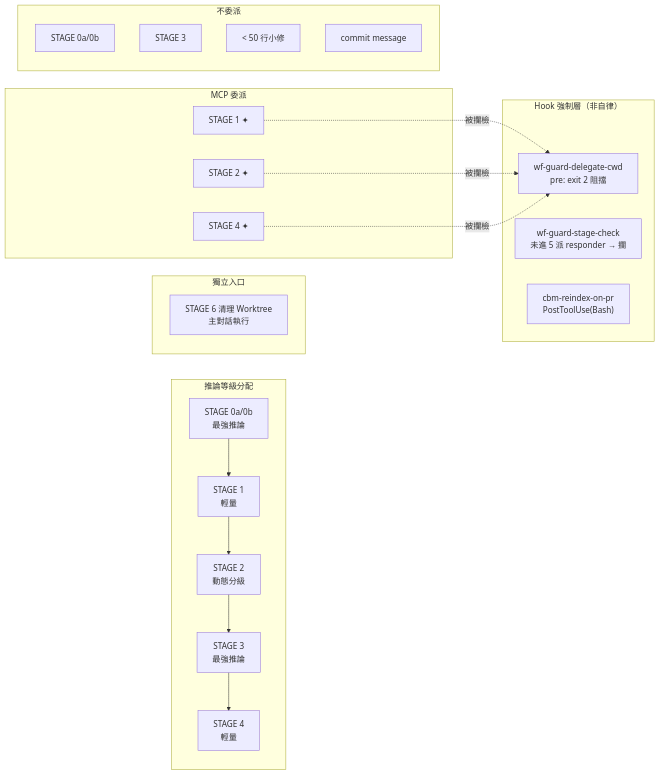
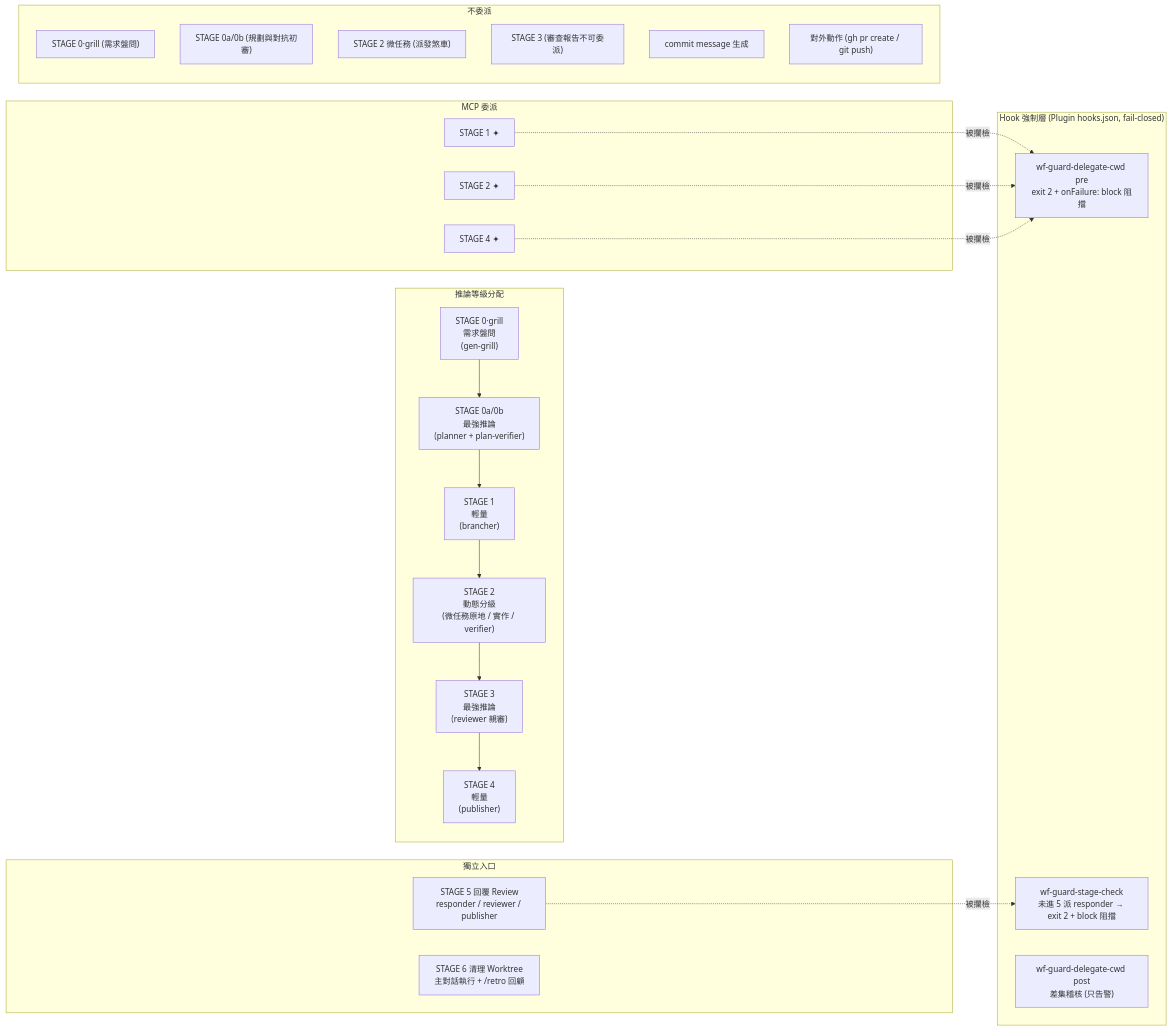
The diagram in docs/architecture/2026-08-12-gen-dev-workflow-analysis.md (Yomiamy/gen-dev-workflow), drawn with Mermaid before and after one commit. The commit also changed other lines of this file and 1 other file, not shown here.

First line of the commit message:
docs(architecture): sync workflow analysis and harness guardrail docs to current state

````diff
--- a/docs/architecture/2026-08-12-gen-dev-workflow-analysis.md
+++ b/docs/architecture/2026-08-12-gen-dev-workflow-analysis.md
@@ -316,36 +343,41 @@
 ```mermaid
 graph LR
     subgraph "推論等級分配"
-        A["STAGE 0a/0b<br/>最強推論"] --> B["STAGE 1<br/>輕量"]
-        B --> C["STAGE 2<br/>動態分級"]
-        C --> D["STAGE 3<br/>最強推論"]
-        D --> E["STAGE 4<br/>輕量"]
+        G0["STAGE 0·grill<br/>需求盤問<br/>(gen-grill)"] --> A["STAGE 0a/0b<br/>最強推論<br/>(planner + plan-verifier)"]
+        A --> B["STAGE 1<br/>輕量<br/>(brancher)"]
+        B --> C["STAGE 2<br/>動態分級<br/>(微任務原地 / 實作 / verifier)"]
+        C --> D["STAGE 3<br/>最強推論<br/>(reviewer 親審)"]
+        D --> E["STAGE 4<br/>輕量<br/>(publisher)"]
     end
 
     subgraph "獨立入口"
-        E6["STAGE 6 清理 Worktree<br/>主對話執行"]
+        E5["STAGE 5 回覆 Review<br/>responder / reviewer / publisher"]
+        E6["STAGE 6 清理 Worktree<br/>主對話執行 + /retro 回顧"]
     end
 
     subgraph "MCP 委派"
         B2["STAGE 1 ✦"] 
         C2["STAGE 2 ✦"]
         E2["STAGE 4 ✦"]
     end
 
     subgraph "不委派"
-        A2["STAGE 0a/0b"]
-        D2["STAGE 3"]
-        F2["< 50 行小修"]
-        G2["commit message"]
+        G0_2["STAGE 0·grill (需求盤問)"]
+        A2["STAGE 0a/0b (規劃與對抗初審)"]
+        C3["STAGE 2 微任務 (派發煞車)"]
+        D2["STAGE 3 (審查報告不可委派)"]
+        G2["commit message 生成"]
+        H0["對外動作 (gh pr create / git push)"]
     end
 
-    subgraph "Hook 強制層（非自律）"
-        H1["wf-guard-delegate-cwd<br/>pre: exit 2 阻擋"]
-        H2["wf-guard-stage-check<br/>未進 5 派 responder → 攔"]
-        H3["cbm-reindex-on-pr<br/>PostToolUse(Bash)"]
+    subgraph "Hook 強制層 (Plugin hooks.json, fail-closed)"
+        H1["wf-guard-delegate-cwd pre<br/>exit 2 + onFailure: block 阻擋"]
+        H2["wf-guard-stage-check<br/>未進 5 派 responder → exit 2 + block 阻擋"]
+        H4["wf-guard-delegate-cwd post<br/>差集稽核 (只告警)"]
     end
 
     B2 -.被攔檢.-> H1
     C2 -.被攔檢.-> H1
     E2 -.被攔檢.-> H1
+    E5 -.被攔檢.-> H2
 ```
````
